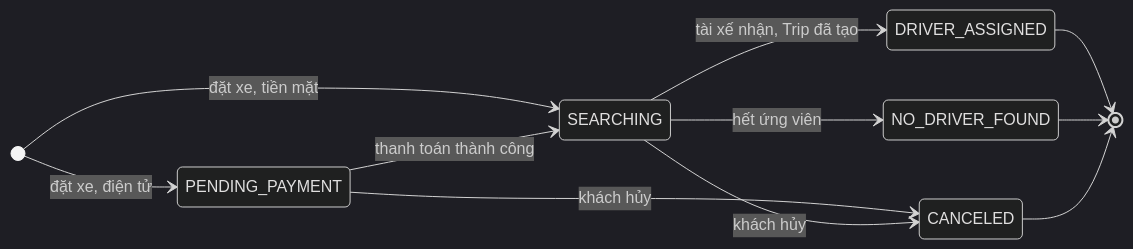
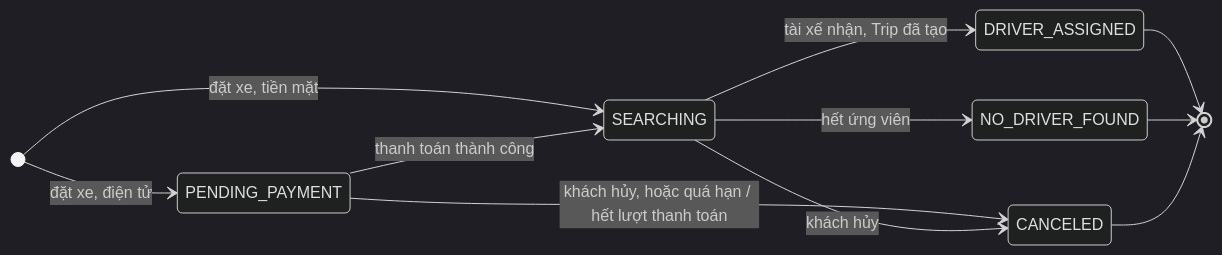
Before and after one commit to nghuuduc21/23699411_NguyenHuuDuc_CabSystem: the second of 5 diagrams in docs/design/01-bounded-contexts.md, drawn with Mermaid (dark theme). The commit also changed other lines of this file and 9 other files, not shown here.

````diff
--- a/docs/design/01-bounded-contexts.md
+++ b/docs/design/01-bounded-contexts.md
@@ -250,14 +252,14 @@
 ```mermaid
 stateDiagram-v2
   direction LR
   [*] --> PENDING_PAYMENT: đặt xe, điện tử
   [*] --> SEARCHING: đặt xe, tiền mặt
   PENDING_PAYMENT --> SEARCHING: thanh toán thành công
-  PENDING_PAYMENT --> CANCELED: khách hủy
+  PENDING_PAYMENT --> CANCELED: khách hủy, hoặc quá hạn / hết lượt thanh toán
   SEARCHING --> DRIVER_ASSIGNED: tài xế nhận, Trip đã tạo
   SEARCHING --> NO_DRIVER_FOUND: hết ứng viên
   SEARCHING --> CANCELED: khách hủy
   DRIVER_ASSIGNED --> [*]
   NO_DRIVER_FOUND --> [*]
   CANCELED --> [*]
 ```
````
